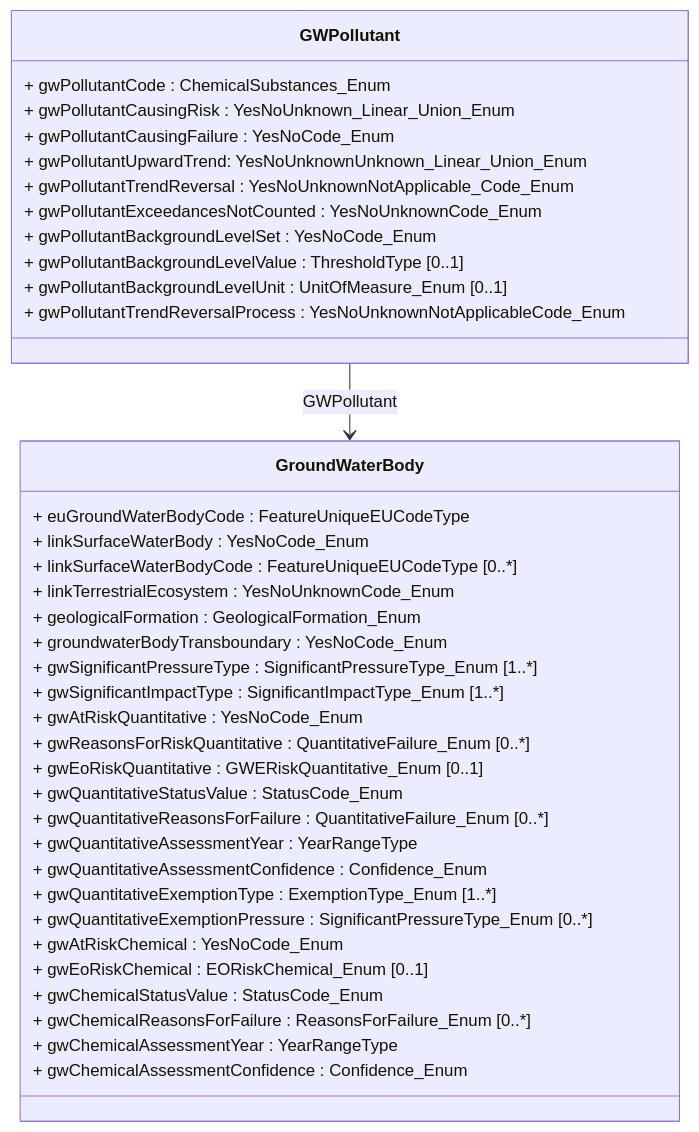
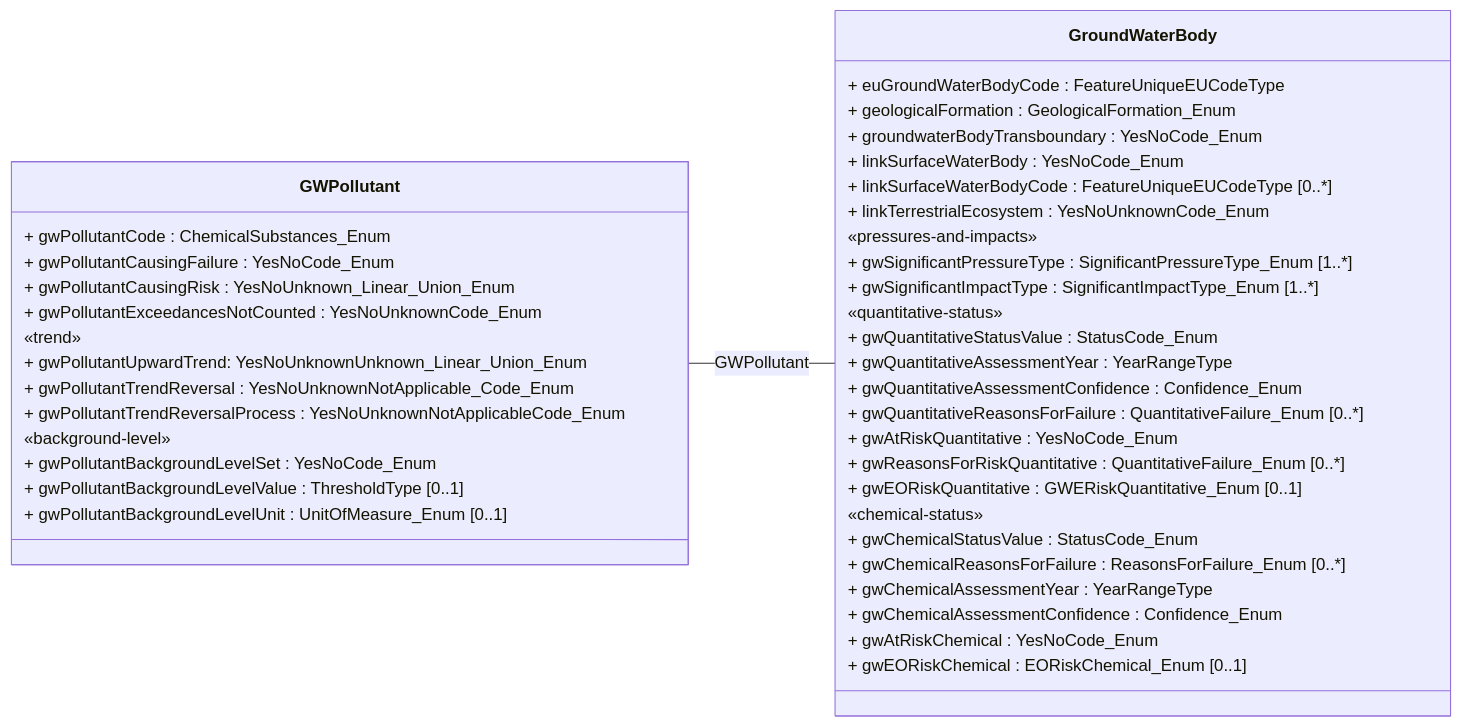
The diagram in docs/DataModelReview/mmd/Groundwater_3rdCycle_GWB_Simplified_ClassDiagram.mmd (eeadata/WISE.WFD.Documentation), drawn with Mermaid before and after one commit. The commit also changed 2 other files, not shown here.

```diff
--- a/docs/DataModelReview/mmd/Groundwater_3rdCycle_GWB_Simplified_ClassDiagram.mmd
+++ b/docs/DataModelReview/mmd/Groundwater_3rdCycle_GWB_Simplified_ClassDiagram.mmd
@@ -1,47 +1,59 @@
 %%{init: {'theme': 'default'}}%%
 
 classDiagram
+direction LR
 
+class GroundWaterBody {
+
+  + euGroundWaterBodyCode : FeatureUniqueEUCodeType
+  + geologicalFormation : GeologicalFormation_Enum
+  + groundwaterBodyTransboundary : YesNoCode_Enum
+  + linkSurfaceWaterBody : YesNoCode_Enum
+  + linkSurfaceWaterBodyCode : FeatureUniqueEUCodeType [0..*]
+  + linkTerrestrialEcosystem : YesNoUnknownCode_Enum
+  
+  «pressures-and-impacts»
+  + gwSignificantPressureType : SignificantPressureType_Enum [1..*]
+  + gwSignificantImpactType : SignificantImpactType_Enum [1..*]
+
+  «quantitative-status»
+  + gwQuantitativeStatusValue : StatusCode_Enum
+  + gwQuantitativeAssessmentYear : YearRangeType
+  + gwQuantitativeAssessmentConfidence : Confidence_Enum
+
+  + gwQuantitativeReasonsForFailure : QuantitativeFailure_Enum [0..*]
+  + gwAtRiskQuantitative : YesNoCode_Enum
+  + gwReasonsForRiskQuantitative : QuantitativeFailure_Enum [0..*]
+  + gwEORiskQuantitative : GWERiskQuantitative_Enum [0..1]
+
+  «chemical-status»
+  + gwChemicalStatusValue : StatusCode_Enum
+  + gwChemicalReasonsForFailure : ReasonsForFailure_Enum [0..*]
+  + gwChemicalAssessmentYear : YearRangeType
+  + gwChemicalAssessmentConfidence : Confidence_Enum
+
+  + gwAtRiskChemical : YesNoCode_Enum
+  + gwEORiskChemical : EORiskChemical_Enum [0..1]
+}
 
 class GWPollutant {
   
   + gwPollutantCode : ChemicalSubstances_Enum
+  + gwPollutantCausingFailure : YesNoCode_Enum
   + gwPollutantCausingRisk : YesNoUnknown_Linear_Union_Enum
-  + gwPollutantCausingFailure : YesNoCode_Enum
+
+  + gwPollutantExceedancesNotCounted : YesNoUnknownCode_Enum
+
+  «trend»
   + gwPollutantUpwardTrend: YesNoUnknownUnknown_Linear_Union_Enum
   + gwPollutantTrendReversal : YesNoUnknownNotApplicable_Code_Enum
-  + gwPollutantExceedancesNotCounted : YesNoUnknownCode_Enum
+  + gwPollutantTrendReversalProcess : YesNoUnknownNotApplicableCode_Enum
+
+  «background-level»
   + gwPollutantBackgroundLevelSet : YesNoCode_Enum
   + gwPollutantBackgroundLevelValue : ThresholdType [0..1]
   + gwPollutantBackgroundLevelUnit : UnitOfMeasure_Enum [0..1]
-  + gwPollutantTrendReversalProcess : YesNoUnknownNotApplicableCode_Enum
+  
 }
 
-class GroundWaterBody {
-
-  + euGroundWaterBodyCode : FeatureUniqueEUCodeType
-  + linkSurfaceWaterBody : YesNoCode_Enum
-  + linkSurfaceWaterBodyCode : FeatureUniqueEUCodeType [0..*]
-  + linkTerrestrialEcosystem : YesNoUnknownCode_Enum
-  + geologicalFormation : GeologicalFormation_Enum
-  + groundwaterBodyTransboundary : YesNoCode_Enum
-  + gwSignificantPressureType : SignificantPressureType_Enum [1..*]
-  + gwSignificantImpactType : SignificantImpactType_Enum [1..*]
-  + gwAtRiskQuantitative : YesNoCode_Enum
-  + gwReasonsForRiskQuantitative : QuantitativeFailure_Enum [0..*]
-  + gwEoRiskQuantitative : GWERiskQuantitative_Enum [0..1]
-  + gwQuantitativeStatusValue : StatusCode_Enum
-  + gwQuantitativeReasonsForFailure : QuantitativeFailure_Enum [0..*]
-  + gwQuantitativeAssessmentYear : YearRangeType
-  + gwQuantitativeAssessmentConfidence : Confidence_Enum
-  + gwQuantitativeExemptionType : ExemptionType_Enum [1..*]
-  + gwQuantitativeExemptionPressure : SignificantPressureType_Enum [0..*]
-  + gwAtRiskChemical : YesNoCode_Enum
-  + gwEoRiskChemical : EORiskChemical_Enum [0..1]
-  + gwChemicalStatusValue : StatusCode_Enum
-  + gwChemicalReasonsForFailure : ReasonsForFailure_Enum [0..*]
-  + gwChemicalAssessmentYear : YearRangeType
-  + gwChemicalAssessmentConfidence : Confidence_Enum
-}
-
-GWPollutant --> GroundWaterBody : GWPollutant
+GWPollutant -- GroundWaterBody : GWPollutant
```
